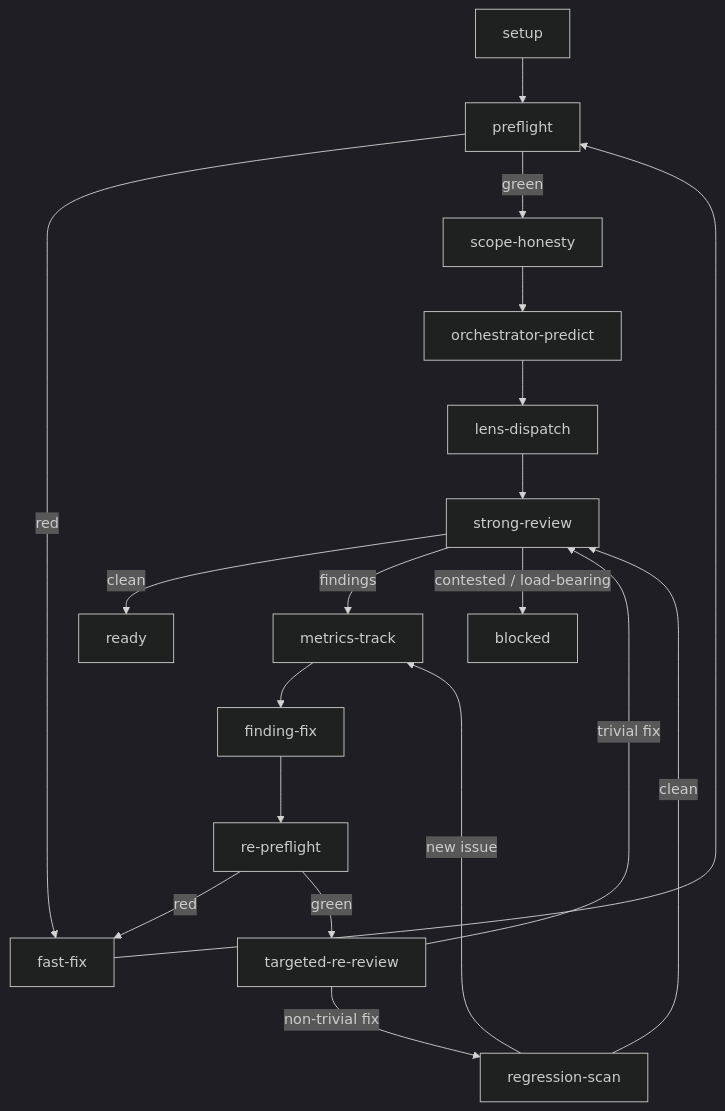
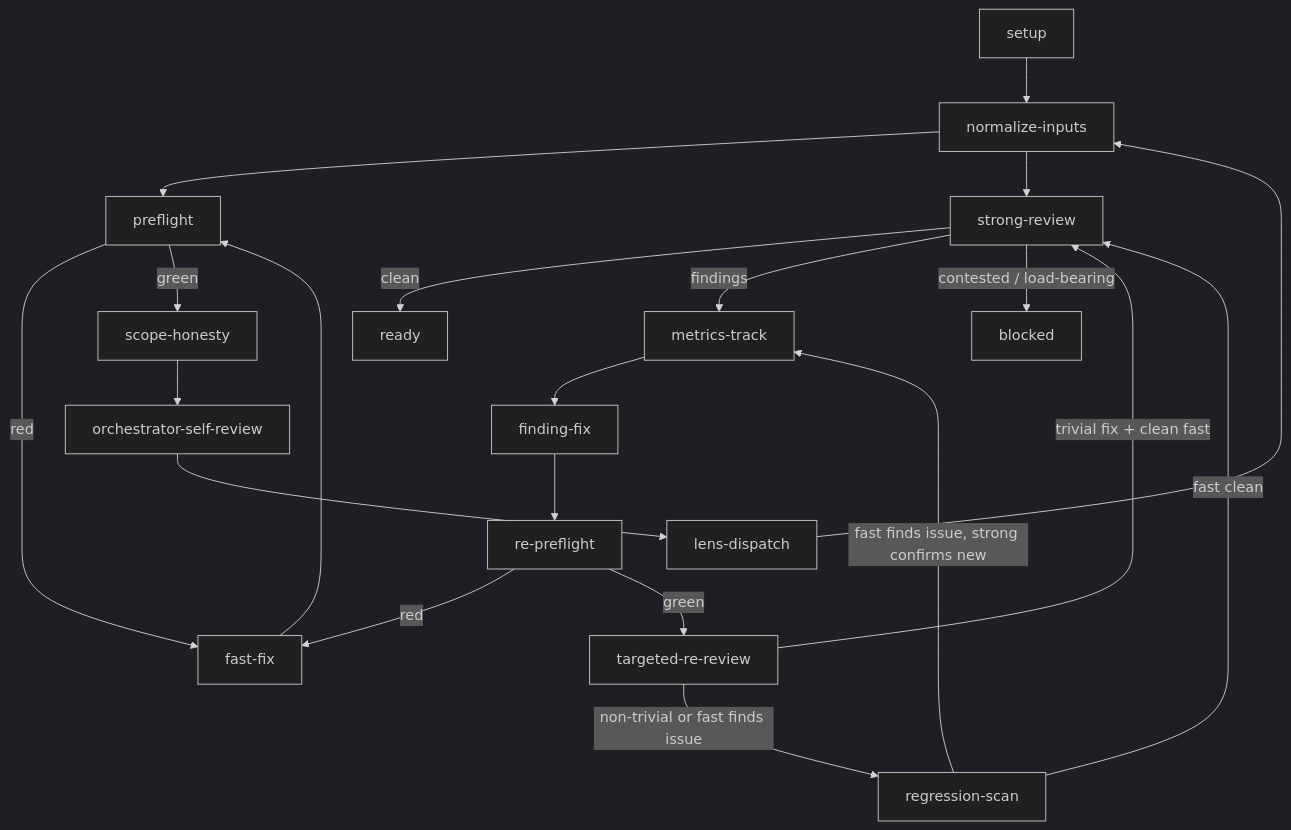
Before and after one commit to HarleyBartles/agent-asset-marketplace: the diagram in codex-marketplace/plugins/superpowers-plus/skills/iterative-review/references/review-state-graph.md, drawn with Mermaid (dark theme). The commit also changed other lines of this file and 79 other files, not shown here.

````diff
--- a/codex-marketplace/plugins/superpowers-plus/skills/iterative-review/references/review-state-graph.md
+++ b/codex-marketplace/plugins/superpowers-plus/skills/iterative-review/references/review-state-graph.md
@@ -9,21 +9,23 @@
 ```mermaid
 flowchart TD
-    setup --> preflight
+    setup --> normalize-inputs
+    normalize-inputs --> preflight
     preflight -->|red| fast-fix
     fast-fix --> preflight
     preflight -->|green| scope-honesty
-    scope-honesty --> orchestrator-predict
-    orchestrator-predict --> lens-dispatch
-    lens-dispatch --> strong-review
+    scope-honesty --> orchestrator-self-review
+    orchestrator-self-review --> lens-dispatch
+    lens-dispatch --> normalize-inputs
+    normalize-inputs --> strong-review
     strong-review -->|clean| ready
     strong-review -->|findings| metrics-track
     metrics-track --> finding-fix
     finding-fix --> re-preflight
     re-preflight -->|red| fast-fix
     re-preflight -->|green| targeted-re-review
-    targeted-re-review -->|trivial fix| strong-review
-    targeted-re-review -->|non-trivial fix| regression-scan
-    regression-scan -->|new issue| metrics-track
-    regression-scan -->|clean| strong-review
+    targeted-re-review -->|trivial fix + clean fast| strong-review
+    targeted-re-review -->|non-trivial or fast finds issue| regression-scan
+    regression-scan -->|fast clean| strong-review
+    regression-scan -->|fast finds issue, strong confirms new| metrics-track
     strong-review -->|contested / load-bearing| blocked
 ```
````
